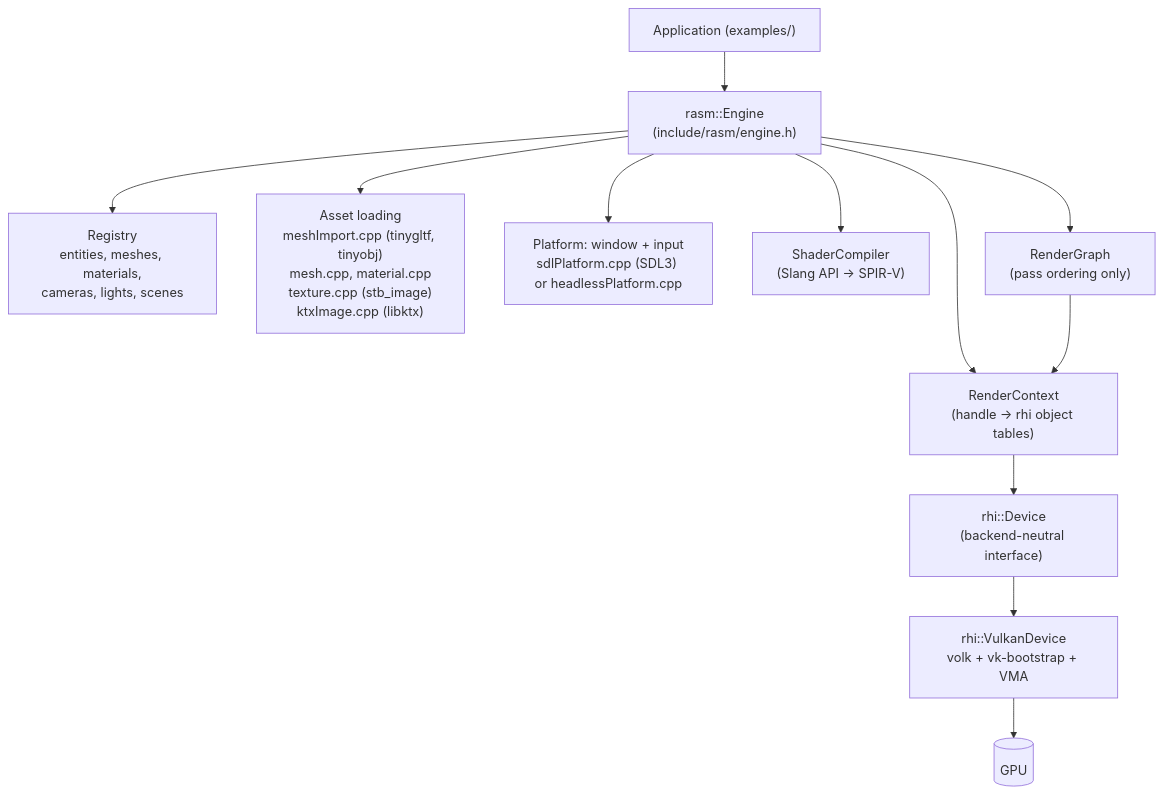
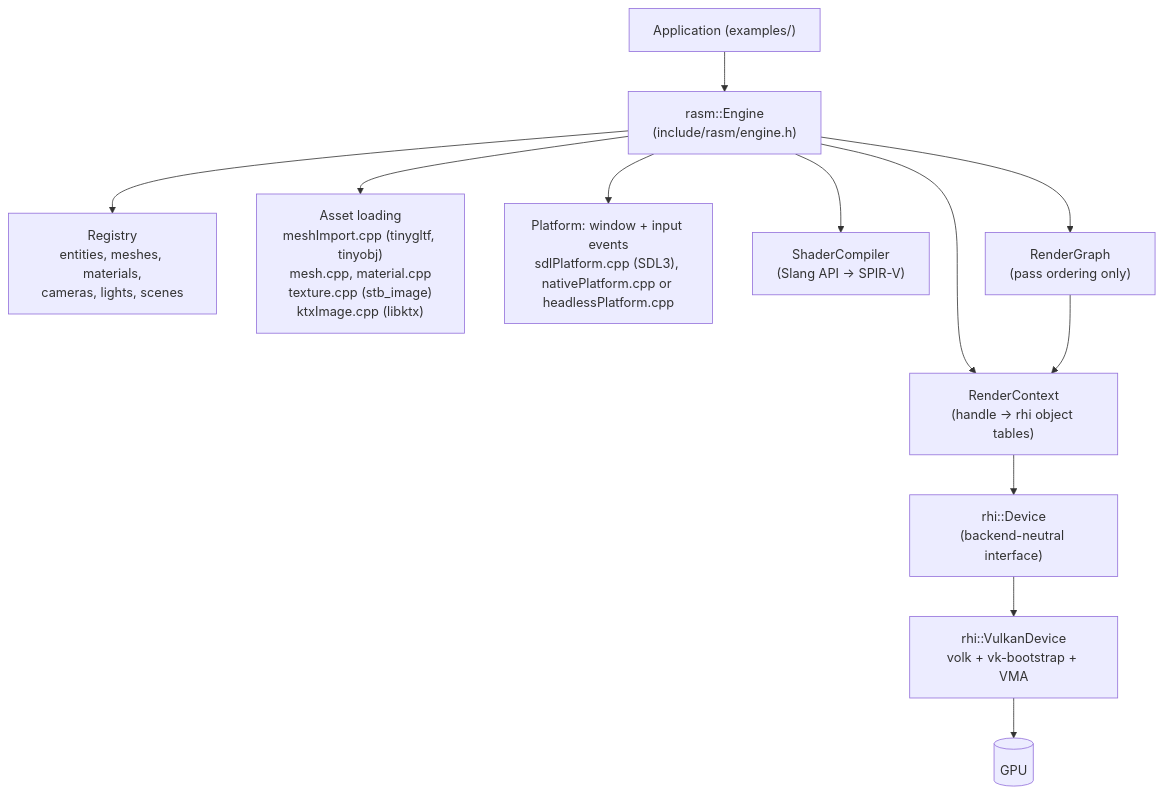
Before and after one commit to adel-elmala/rasm: the first of 3 diagrams in docs/architecture.md, drawn with Mermaid. The commit also changed other lines of this file and 47 other files, not shown here.

First line of the commit message:
feat: native windows and one input event stream (D7) (#87)

````diff
--- a/docs/architecture.md
+++ b/docs/architecture.md
@@ -9,14 +9,14 @@
 ```mermaid
 flowchart TD
     App["Application (examples/)"] --> Engine["rasm::Engine<br/>(include/rasm/engine.h)"]
     Engine --> Registry["Registry<br/>entities, meshes, materials,<br/>cameras, lights, scenes"]
     Engine --> Assets["Asset loading<br/>meshImport.cpp (tinygltf, tinyobj)<br/>mesh.cpp, material.cpp<br/>texture.cpp (stb_image)<br/>ktxImage.cpp (libktx)"]
-    Engine --> Platform["Platform: window + input<br/>sdlPlatform.cpp (SDL3) or headlessPlatform.cpp"]
+    Engine --> Platform["Platform: window + input events<br/>sdlPlatform.cpp (SDL3), nativePlatform.cpp or headlessPlatform.cpp"]
     Engine --> SC["ShaderCompiler<br/>(Slang API → SPIR-V)"]
     Engine --> RG["RenderGraph<br/>(pass ordering only)"]
     Engine --> RC["RenderContext<br/>(handle → rhi object tables)"]
     RG --> RC
     RC --> DEV["rhi::Device<br/>(backend-neutral interface)"]
     DEV --> VK["rhi::VulkanDevice<br/>volk + vk-bootstrap + VMA"]
     VK --> GPU[(GPU)]
 ```
````
